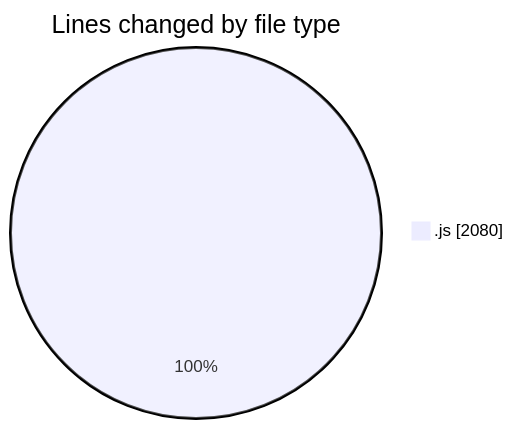
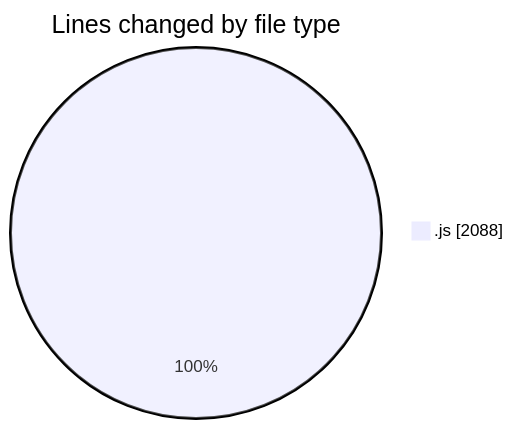
Before and after one commit to nxtqubesakshisongat/code-tracking: the first of 2 diagrams in 2025-09-08/cashcalculator/README.md, drawn with Mermaid. The commit also changed other lines of this file and 1 other file, not shown here.

````diff
--- a/2025-09-08/cashcalculator/README.md
+++ b/2025-09-08/cashcalculator/README.md
@@ -20,5 +20,5 @@
 ```mermaid
 pie showData
 title Lines changed by file type
-".js" : 2080
+".js" : 2088
 ```
````
